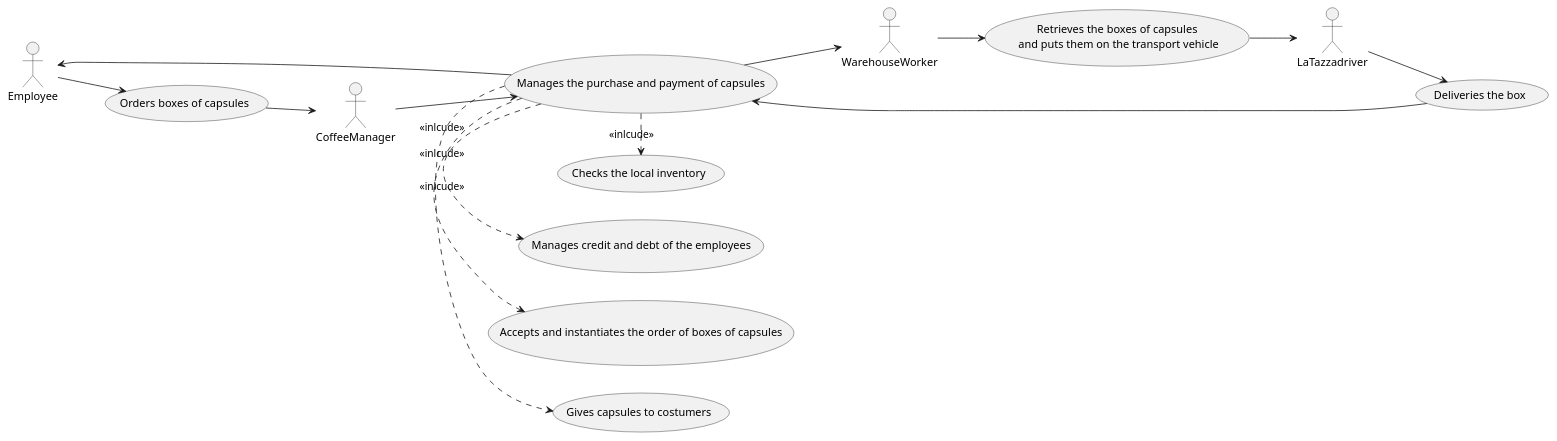
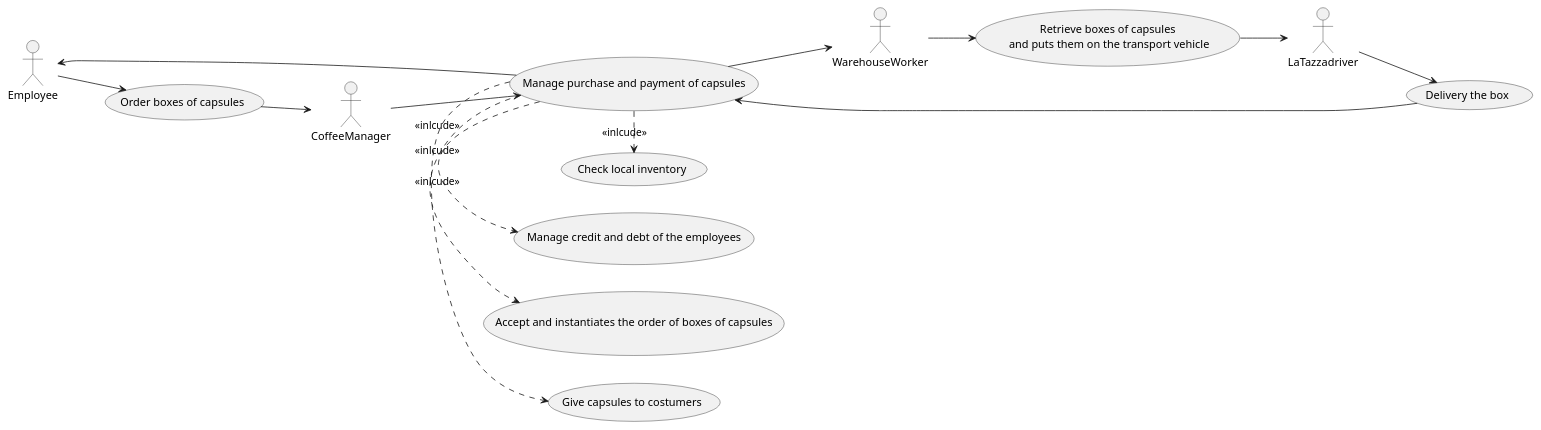
Before and after one commit to salvatore-dimartino/LaTazza: the second of 4 diagrams in templates/RequirementsTemplate.md, drawn with PlantUML.

````diff
--- a/templates/RequirementsTemplate.md
+++ b/templates/RequirementsTemplate.md
@@ -276,29 +276,29 @@
 ```plantuml
 @startuml
 
 left to right direction 
 skinparam packageStyle rectangle
 
 actor CoffeeManager as c
 actor Employee as e
 actor WarehouseWorker as w
 actor LaTazzadriver as d
 
-e --> (Orders boxes of capsules)
-(Orders boxes of capsules) --> c
-c --> (Manages the purchase and payment of capsules)
-(Manages the purchase and payment of capsules) --> w
-w --> (Retrieves the boxes of capsules\n and puts them on the transport vehicle)
-(Retrieves the boxes of capsules\n and puts them on the transport vehicle) --> d
-d --> (Deliveries the box)
-(Deliveries the box) --> (Manages the purchase and payment of capsules)
+e --> (Order boxes of capsules)
+(Order boxes of capsules) --> c
+c --> (Manage purchase and payment of capsules)
+(Manage purchase and payment of capsules) --> w
+w --> (Retrieve boxes of capsules\n and puts them on the transport vehicle)
+(Retrieve boxes of capsules\n and puts them on the transport vehicle) --> d
+d --> (Delivery the box)
+(Delivery the box) --> (Manage purchase and payment of capsules)
 
-(Manages the purchase and payment of capsules) .> (Gives capsules to costumers) : <<inlcude>>
-(Manages the purchase and payment of capsules) .> (Accepts and instantiates the order of boxes of capsules) : <<inlcude>>
-(Manages the purchase and payment of capsules) .> (Manages credit and debt of the employees) : <<inlcude>>
-(Manages the purchase and payment of capsules) .> (Checks the local inventory) : <<inlcude>>
+(Manage purchase and payment of capsules) .> (Give capsules to costumers) : <<inlcude>>
+(Manage purchase and payment of capsules) .> (Accept and instantiates the order of boxes of capsules) : <<inlcude>>
+(Manage purchase and payment of capsules) .> (Manage credit and debt of the employees) : <<inlcude>>
+(Manage purchase and payment of capsules) .> (Check local inventory) : <<inlcude>>
 
-e <-- (Manages the purchase and payment of capsules)
+e <-- (Manage purchase and payment of capsules)
 
 @enduml
 ```
````
